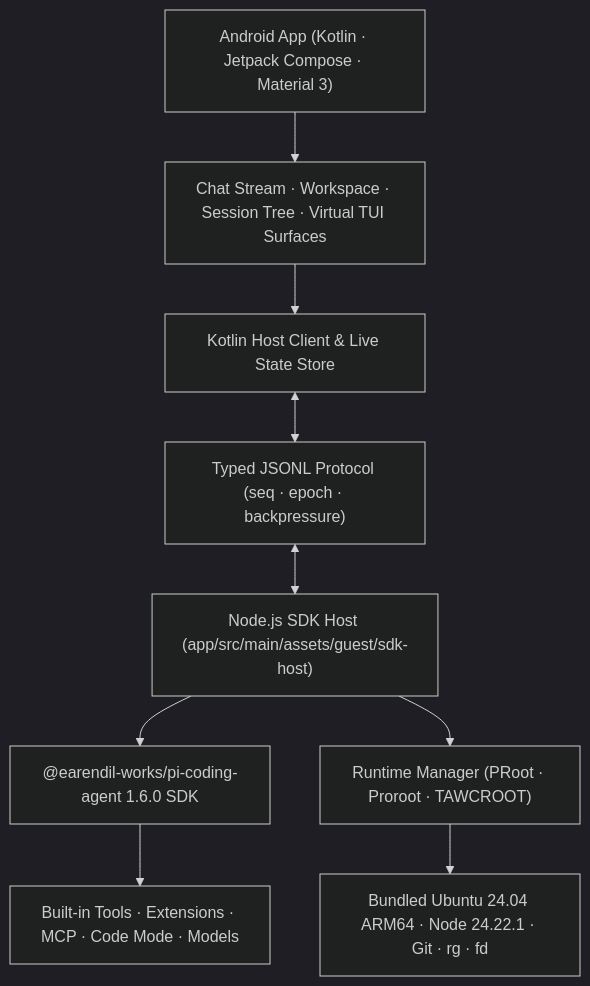
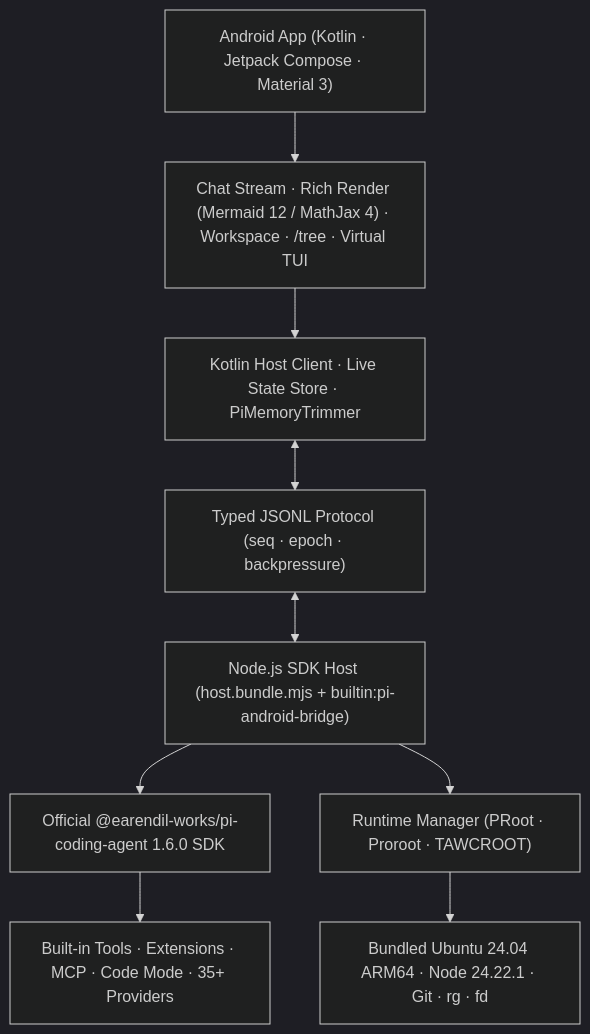
Before and after one commit to zqf20096327/ai_collect: the diagram in data/readmes/heikeyangle-code__pi-android.md, drawn with Mermaid (dark theme). The commit also changed other lines of this file and 2315 other files, not shown here.

````diff
--- a/data/readmes/heikeyangle-code__pi-android.md
+++ b/data/readmes/heikeyangle-code__pi-android.md
@@ -161,22 +135,20 @@
 ```mermaid
 flowchart TB
     A["Android App (Kotlin · Jetpack Compose · Material 3)"]
-    B["Chat Stream · Workspace · Session Tree · Virtual TUI Surfaces"]
-    C["Kotlin Host Client & Live State Store"]
+    B["Chat Stream · Rich Render (Mermaid 12 / MathJax 4) · Workspace · /tree · Virtual TUI"]
+    C["Kotlin Host Client · Live State Store · PiMemoryTrimmer"]
     D["Typed JSONL Protocol (seq · epoch · backpressure)"]
-    E["Node.js SDK Host (app/src/main/assets/guest/sdk-host)"]
-    F["@earendil-works/pi-coding-agent 1.6.0 SDK"]
-    G["Built-in Tools · Extensions · MCP · Code Mode · Models"]
-
+    E["Node.js SDK Host (host.bundle.mjs + builtin:pi-android-bridge)"]
+    F["Official @earendil-works/pi-coding-agent 1.6.0 SDK"]
+    G["Built-in Tools · Extensions · MCP · Code Mode · 35+ Providers"]
     H["Runtime Manager (PRoot · Proroot · TAWCROOT)"]
     L["Bundled Ubuntu 24.04 ARM64 · Node 24.22.1 · Git · rg · fd"]
-
     A --> B
     B --> C
     C <--> D
     D <--> E
     E --> F
     F --> G
     E --> H
     H --> L
 ```
````
